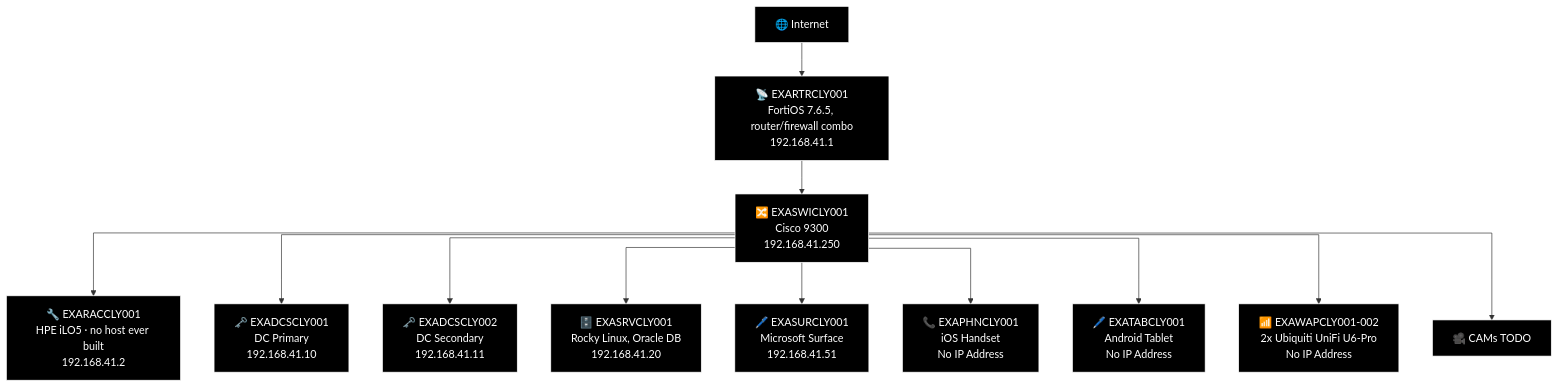
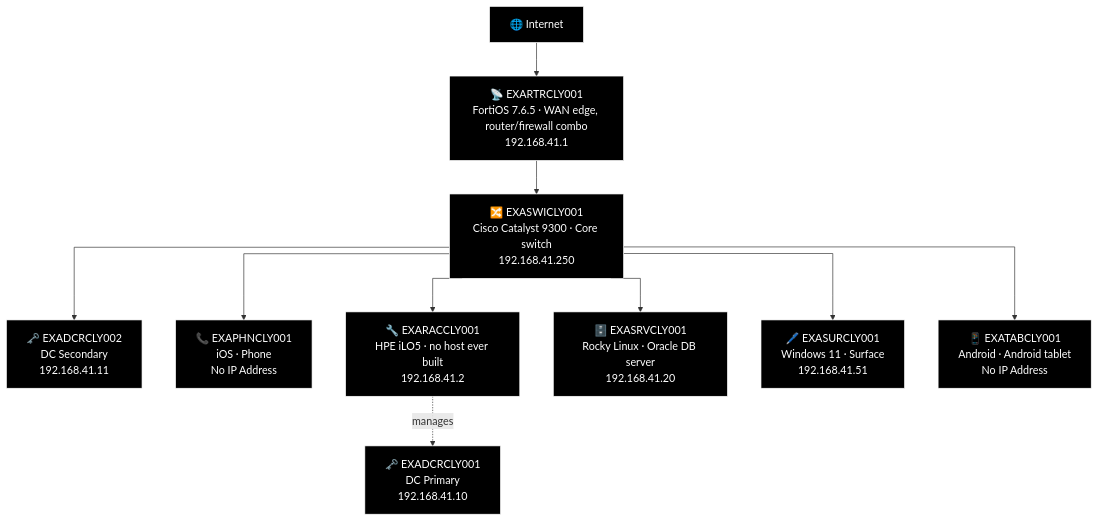
One commit to knightmare2600/example_music_infra changed the tenth of 21 diagrams in docs/network-diagram/scotland.md. Above: the diagram before and after it, drawn with Mermaid. The commit also changed other lines of this file and 8 other files, not shown here.

````diff
--- a/docs/network-diagram/scotland.md
+++ b/docs/network-diagram/scotland.md
@@ -651,42 +644,36 @@
 ```mermaid
+%% GENERATED:OLDNETWORK:CLY:START
 %%{init: {'flowchart': {'curve': 'stepAfter'}}}%%
 graph TD
     O_INET["🌐 Internet"]
-    O_RTR["📡 EXARTRCLY001<br/>FortiOS 7.6.5, router/firewall combo<br/>192.168.41.1"]
+    O_RTR["📡 EXARTRCLY001<br/>FortiOS 7.6.5 · WAN edge, router/firewall combo<br/>192.168.41.1"]
+    O_SWI["🔀 EXASWICLY001<br/>Cisco Catalyst 9300 · Core switch<br/>192.168.41.250"]
+    O_DCR1["🗝️ EXADCRCLY001<br/>DC Primary<br/>192.168.41.10"]
+    O_DCR2["🗝️ EXADCRCLY002<br/>DC Secondary<br/>192.168.41.11"]
+    O_PHN["📞 EXAPHNCLY001<br/>iOS · Phone<br/>No IP Address"]
+    O_RAC["🔧 EXARACCLY001<br/>HPE iLO5 · no host ever built<br/>192.168.41.2"]
+    O_SRV["🗄️ EXASRVCLY001<br/>Rocky Linux · Oracle DB server<br/>192.168.41.20"]
+    O_SUR["🖊️ EXASURCLY001<br/>Windows 11 · Surface<br/>192.168.41.51"]
+    O_TAB["📱 EXATABCLY001<br/>Android · Android tablet<br/>No IP Address"]
     O_INET --> O_RTR
-    O_SW["🔀 EXASWICLY001<br/>Cisco 9300<br/>192.168.41.250"]
-    O_RTR --> O_SW
-
-    O_RAC["🔧 EXARACCLY001<br/>HPE iLO5 · no host ever built<br/>192.168.41.2"]
-    O_DC1["🗝️ EXADCSCLY001<br/>DC Primary<br/>192.168.41.10"]
-    O_DC2["🗝️ EXADCSCLY002<br/>DC Secondary<br/>192.168.41.11"]
-    O_SRV["🗄️ EXASRVCLY001<br/>Rocky Linux, Oracle DB<br/>192.168.41.20"]
-    O_SW --> O_RAC
-    O_SW --> O_DC1
-    O_SW --> O_DC2
-    O_SW --> O_SRV
-
-    O_SUR["🖊️ EXASURCLY001<br/>Microsoft Surface<br/>192.168.41.51"]
-    O_PHN["📞 EXAPHNCLY001<br/>iOS Handset<br/>No IP Address"]
-    O_TAB["🖊️ EXATABCLY001<br/>Android Tablet<br/>No IP Address"]
-    O_WAP["📶 EXAWAPCLY001-002<br/>2x Ubiquiti UniFi U6-Pro<br/>No IP Address"]
-    O_CAM["🎥 CAMs TODO"]
-    O_SW --> O_SUR
-    O_SW --> O_PHN
-    O_SW --> O_TAB
-    O_SW --> O_WAP
-    O_SW --> O_CAM
+    O_RTR --> O_SWI
+    O_SWI --> O_DCR2
+    O_SWI --> O_PHN
+    O_SWI --> O_RAC
+    O_RAC -.->|"manages"| O_DCR1
+    O_SWI --> O_SRV
+    O_SWI --> O_SUR
+    O_SWI --> O_TAB
 
     style O_INET fill:#000000,stroke:#FFFFFF,color:#FFFFFF
     style O_RTR fill:#000000,stroke:#FFFFFF,color:#FFFFFF
-    style O_SW fill:#000000,stroke:#FFFFFF,color:#FFFFFF
+    style O_SWI fill:#000000,stroke:#FFFFFF,color:#FFFFFF
+    style O_DCR1 fill:#000000,stroke:#FFFFFF,color:#FFFFFF
+    style O_DCR2 fill:#000000,stroke:#FFFFFF,color:#FFFFFF
+    style O_PHN fill:#000000,stroke:#FFFFFF,color:#FFFFFF
     style O_RAC fill:#000000,stroke:#FFFFFF,color:#FFFFFF
-    style O_DC1 fill:#000000,stroke:#FFFFFF,color:#FFFFFF
-    style O_DC2 fill:#000000,stroke:#FFFFFF,color:#FFFFFF
     style O_SRV fill:#000000,stroke:#FFFFFF,color:#FFFFFF
     style O_SUR fill:#000000,stroke:#FFFFFF,color:#FFFFFF
-    style O_PHN fill:#000000,stroke:#FFFFFF,color:#FFFFFF
     style O_TAB fill:#000000,stroke:#FFFFFF,color:#FFFFFF
-    style O_WAP fill:#000000,stroke:#FFFFFF,color:#FFFFFF
-    style O_CAM fill:#000000,stroke:#FFFFFF,color:#FFFFFF
+%% GENERATED:OLDNETWORK:CLY:END
 ```
````
